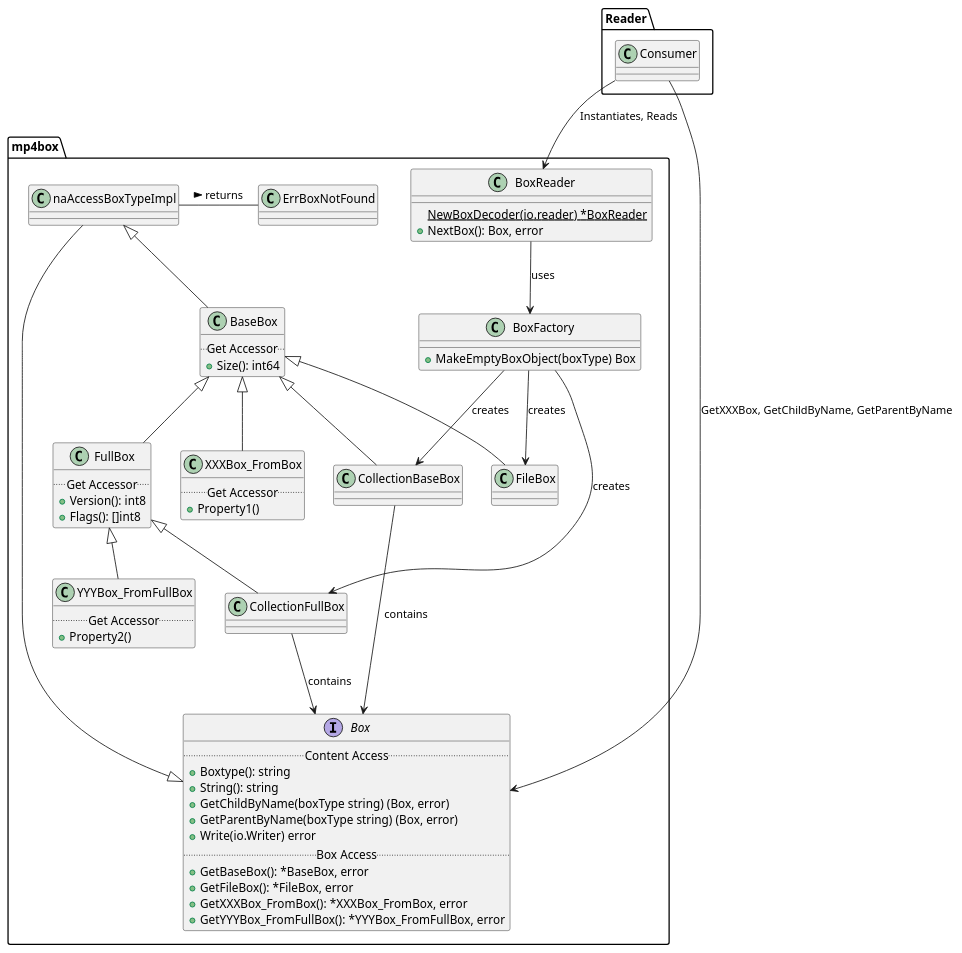
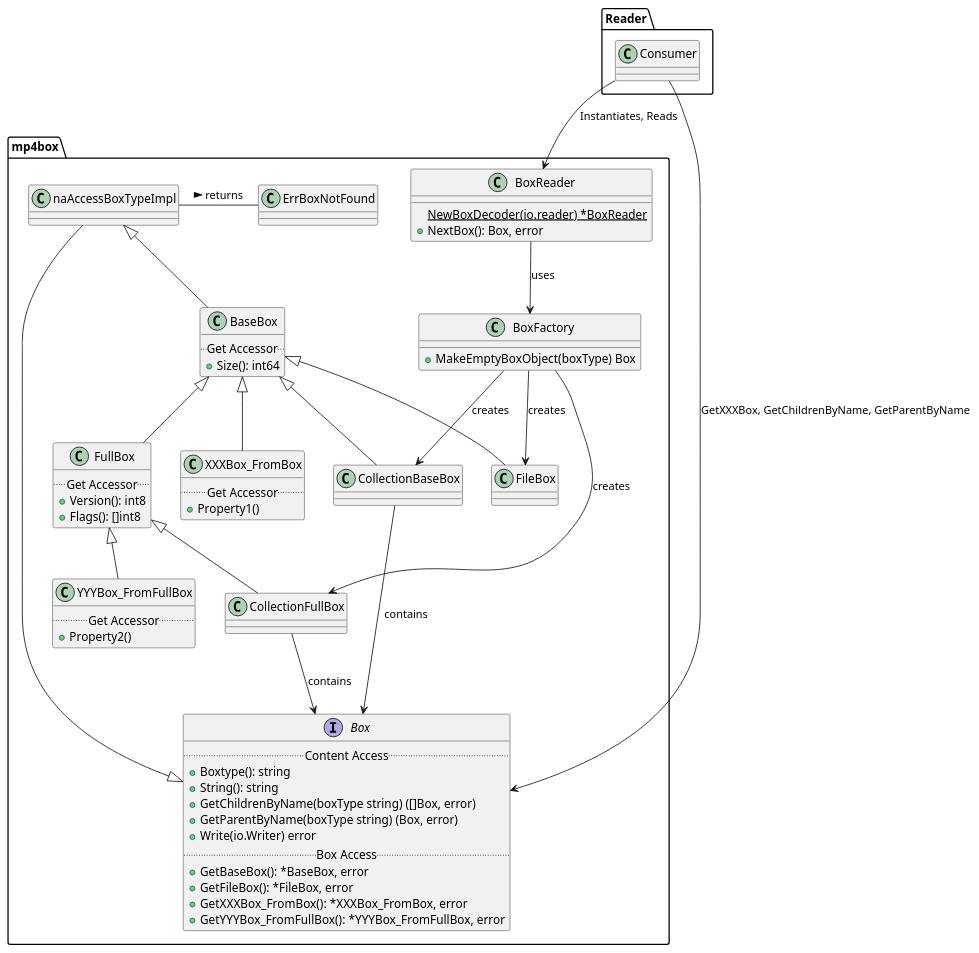
The diagram in class.wsd (eswarantg/mp4box), drawn with PlantUML before and after one commit. The commit also changed 15 other files, not shown here.

Commit message:
accomodate for GetChildren by name fix FullBox and FullBoxCount population and refactor

```diff
--- a/class.wsd
+++ b/class.wsd
@@ -1,67 +1,67 @@
 @startuml mp4box
 package mp4box {
     interface Box {
         .. Content Access ..
         + Boxtype(): string
         + String(): string
-        + GetChildByName(boxType string) (Box, error)
+        + GetChildrenByName(boxType string) ([]Box, error)
         + GetParentByName(boxType string) (Box, error)
         + Write(io.Writer) error
         .. Box Access ..
         + GetBaseBox(): *BaseBox, error
         + GetFileBox(): *FileBox, error
         + GetXXXBox_FromBox(): *XXXBox_FromBox, error
         + GetYYYBox_FromFullBox(): *YYYBox_FromFullBox, error
     }
     class naAccessBoxTypeImpl {
     }
     class BoxReader {
         {static} NewBoxDecoder(io.reader) *BoxReader
         + NextBox(): Box, error 
     }
     class BoxFactory {
         + MakeEmptyBoxObject(boxType) Box
     }
     class BaseBox {
         .. Get Accessor ..
         + Size(): int64
     }
     class FullBox {
         .. Get Accessor ..
         + Version(): int8
         + Flags(): []int8
     }
     class XXXBox_FromBox {
         .. Get Accessor ..
         + Property1()
     }
     class YYYBox_FromFullBox {
         .. Get Accessor ..
         + Property2()
     }
     class ErrBoxNotFound
     naAccessBoxTypeImpl - ErrBoxNotFound: returns >
     Box ^-- naAccessBoxTypeImpl 
     naAccessBoxTypeImpl ^-- BaseBox
     BaseBox ^-- FullBox
 
     BaseBox ^-- CollectionBaseBox
     FullBox ^-- CollectionFullBox 
     
     BaseBox ^-- FileBox
     BaseBox ^-- XXXBox_FromBox
 
     FullBox ^-- YYYBox_FromFullBox
     BoxReader --> BoxFactory: uses 
     BoxFactory --> FileBox : creates 
     BoxFactory --> CollectionBaseBox : creates 
     BoxFactory --> CollectionFullBox  : creates 
 
     CollectionBaseBox --> Box : contains
     CollectionFullBox --> Box : contains
 }
 package Reader {
     Consumer --> BoxReader : Instantiates, Reads
-    Consumer --> Box : GetXXXBox, GetChildByName, GetParentByName
+    Consumer --> Box : GetXXXBox, GetChildrenByName, GetParentByName
 }
 @endumlss
```
